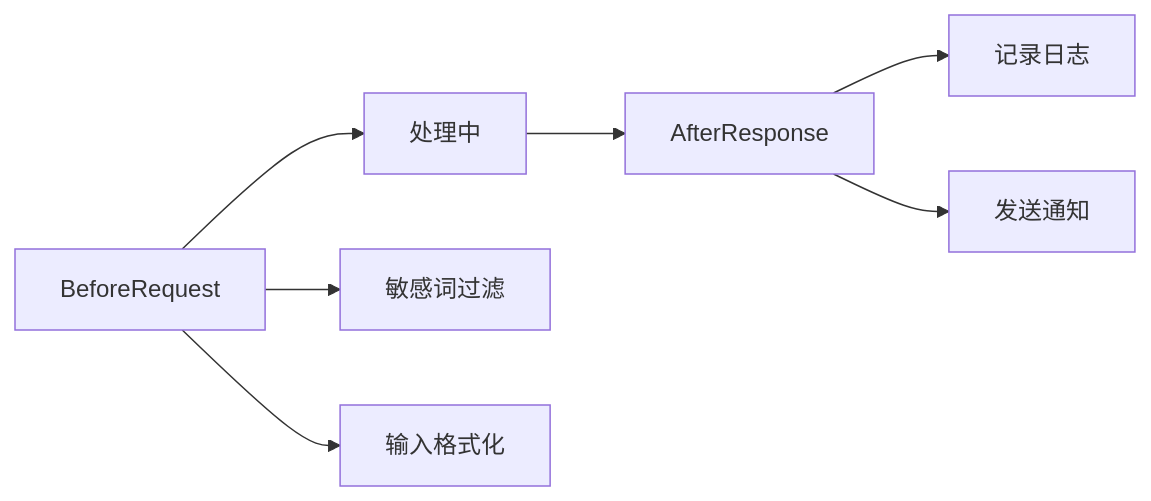
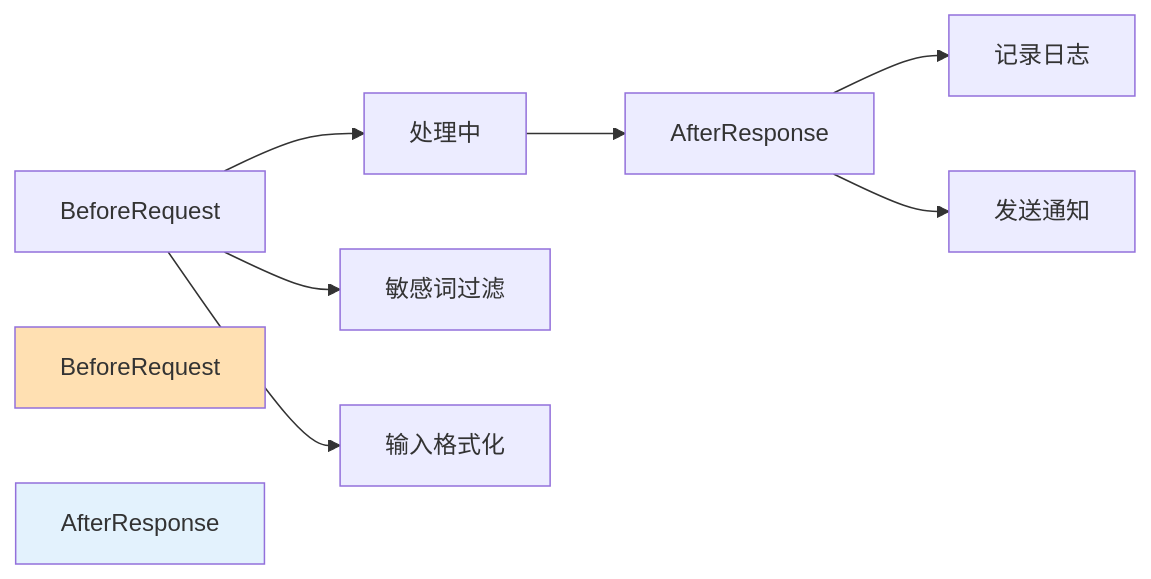
Before and after one commit to yeheng/nanobot-rs: diagram 14 of 20 in docs/architecture.md, drawn with Mermaid. The commit also changed other lines of this file and 11 other files, not shown here.

````diff
--- a/docs/architecture.md
+++ b/docs/architecture.md
@@ -430,11 +444,14 @@
 ```mermaid
 flowchart LR
     A[BeforeRequest] --> B[处理中]
     B --> C[AfterResponse]
-    
+
     A --> A1[敏感词过滤]
     A --> A2[输入格式化]
-    
+
     C --> C1[记录日志]
     C --> C2[发送通知]
+
+    style BeforeRequest fill:#FFE0B2
+    style AfterResponse fill:#E3F2FD
 ```
````
